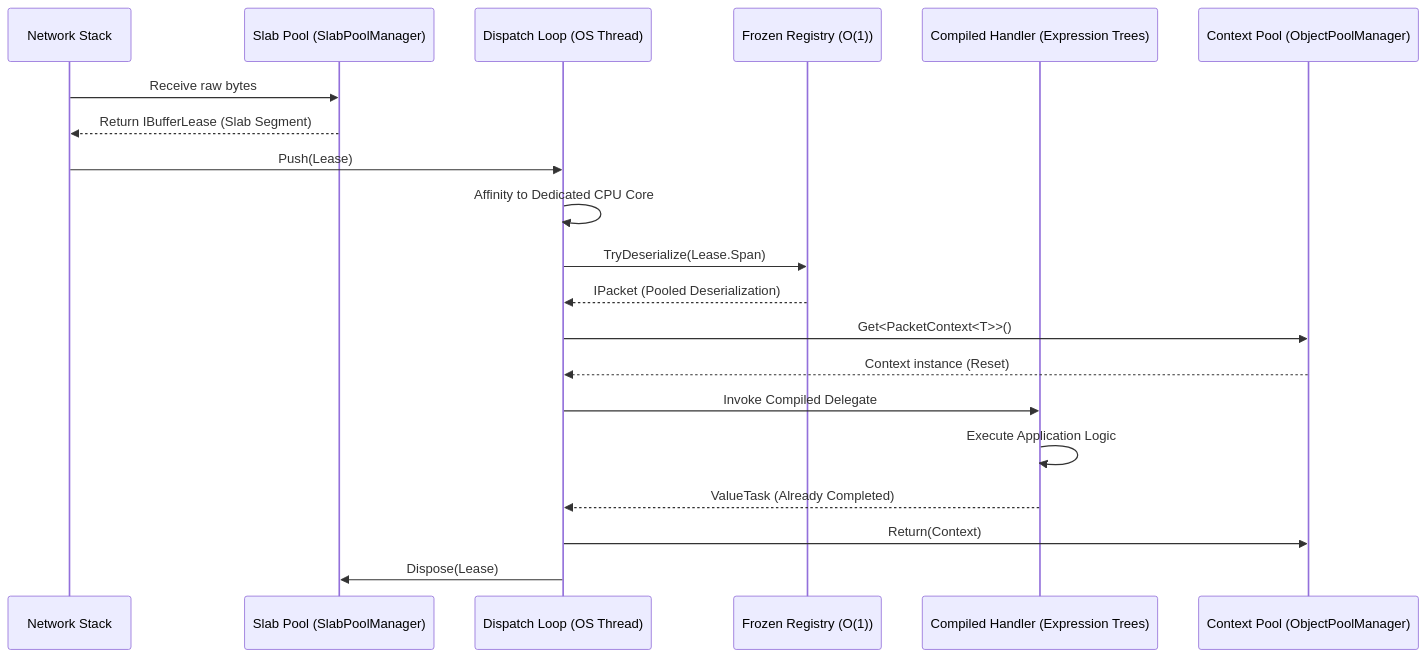
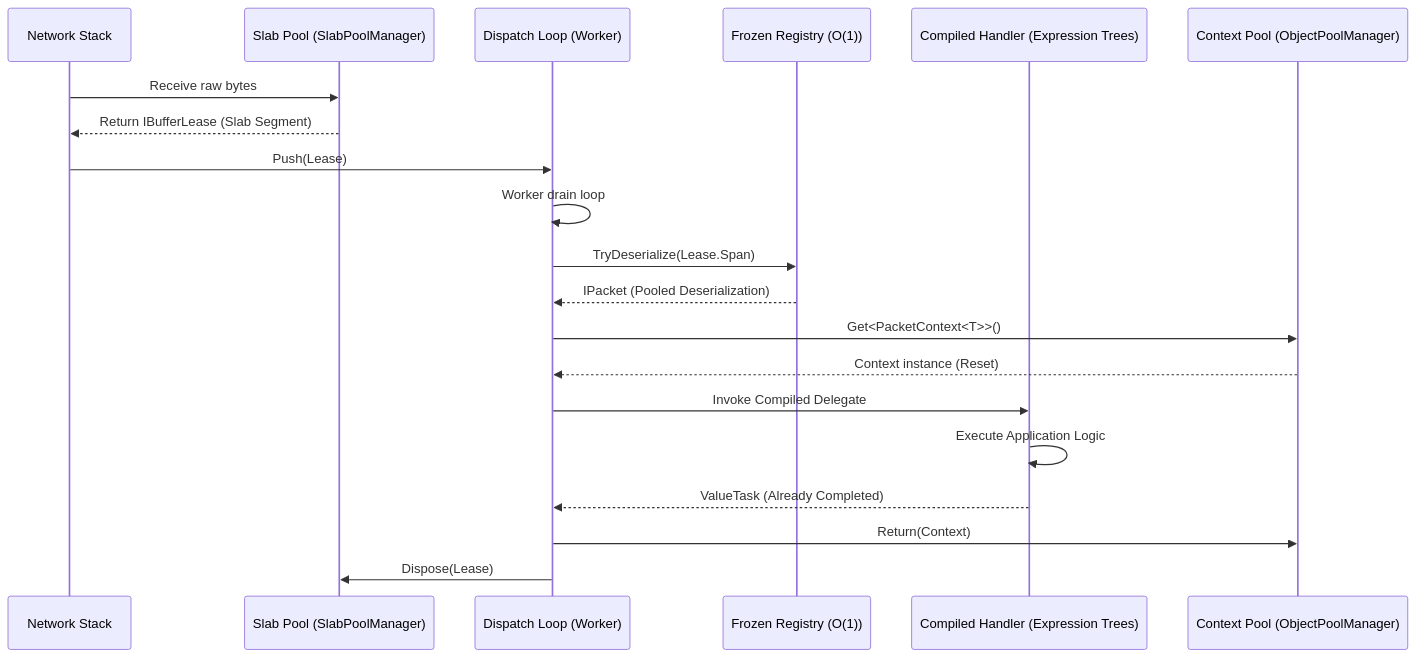
One commit to ppn-systems/Nalix changed the diagram in docs/concepts/internals/zero-allocation.md. Above: the diagram before and after it, drawn with Mermaid. The commit also changed other lines of this file and 101 other files, not shown here.

````diff
--- a/docs/concepts/internals/zero-allocation.md
+++ b/docs/concepts/internals/zero-allocation.md
@@ -17,23 +17,23 @@
 ```mermaid
 sequenceDiagram
     participant OS as Network Stack
     participant LP as Slab Pool (SlabPoolManager)
-    participant DC as Dispatch Loop (OS Thread)
+    participant DC as Dispatch Loop (Worker)
     participant FR as Frozen Registry (O(1))
     participant CH as Compiled Handler (Expression Trees)
     participant CP as Context Pool (ObjectPoolManager)
 
     OS->>LP: Receive raw bytes
     LP-->>OS: Return IBufferLease (Slab Segment)
     OS->>DC: Push(Lease)
-    DC->>DC: Affinity to Dedicated CPU Core
+    DC->>DC: Worker drain loop
     DC->>FR: TryDeserialize(Lease.Span)
     FR-->>DC: IPacket (Pooled Deserialization)
     DC->>CP: Get<PacketContext<T>>()
     CP-->>DC: Context instance (Reset)
     DC->>CH: Invoke Compiled Delegate
     CH->>CH: Execute Application Logic
     CH-->>DC: ValueTask (Already Completed)
     DC->>CP: Return(Context)
     DC->>LP: Dispose(Lease)
 ```
````
